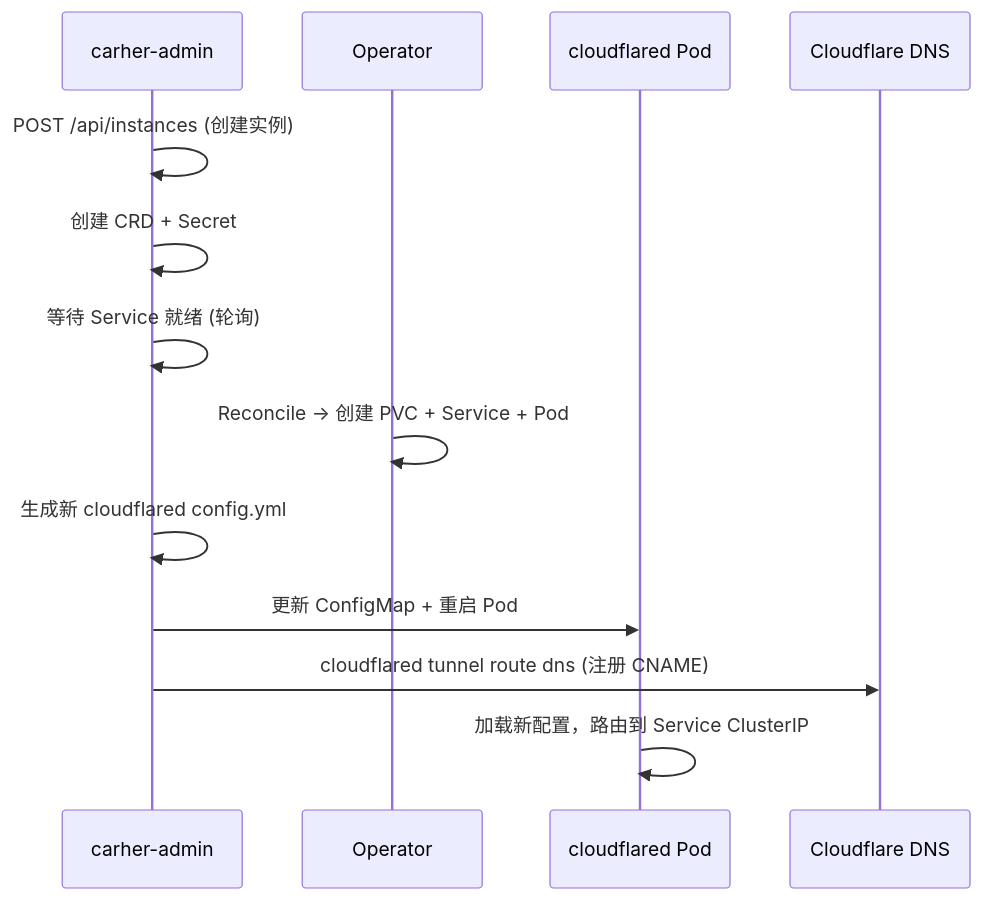
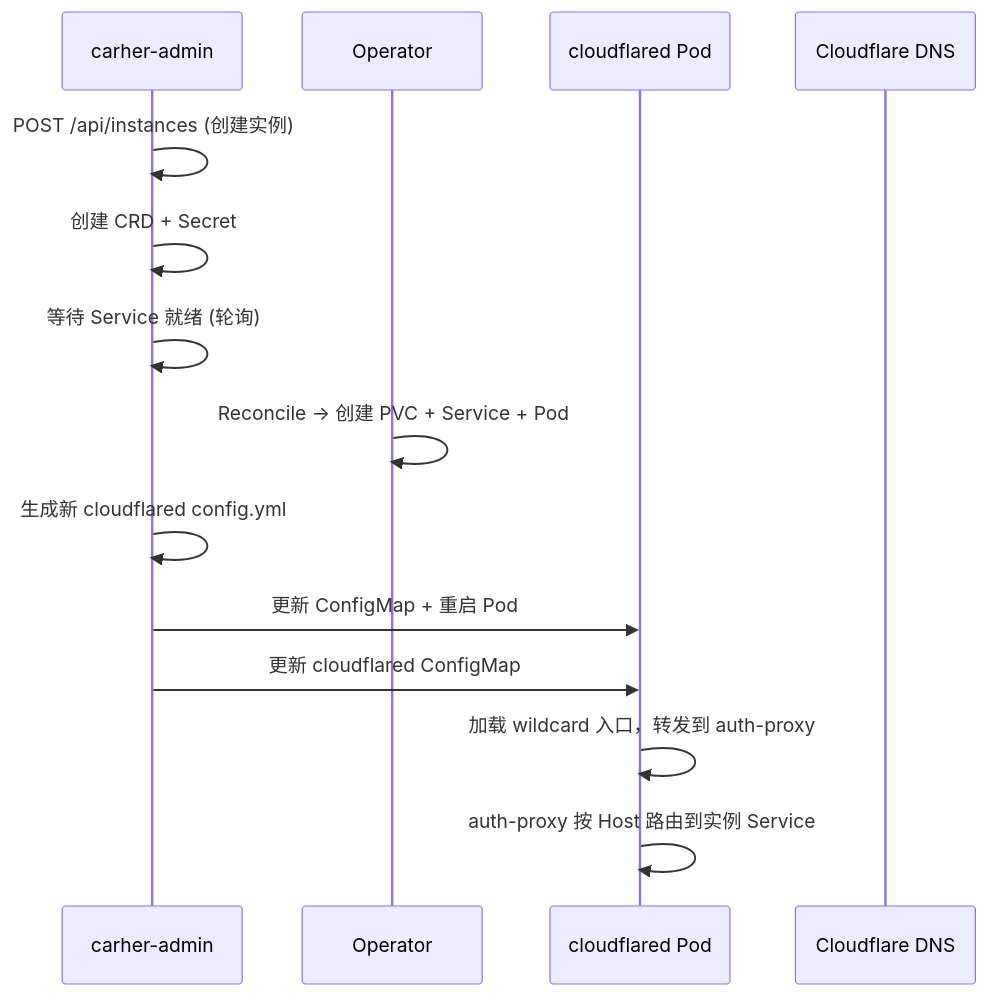
Before and after one commit to guangzhou/carher-admin: the fifth of 9 diagrams in README.md, drawn with Mermaid. The commit also changed other lines of this file and 1 other file, not shown here.

Commit message:
fix: stop per-instance tunnel DNS registration
Keep the K8s tunnel on stable wildcard routing through auth-proxy so new instances no longer reintroduce edge-side per-hostname drift.

Made-with: Cursor

````diff
--- a/README.md
+++ b/README.md
@@ -215,16 +215,17 @@
 ```mermaid
 sequenceDiagram
     participant Admin as carher-admin
     participant Op as Operator
     participant CF as cloudflared Pod
     participant DNS as Cloudflare DNS
 
     Admin->>Admin: POST /api/instances (创建实例)
     Admin->>Admin: 创建 CRD + Secret
     Admin->>Admin: 等待 Service 就绪 (轮询)
     Op->>Op: Reconcile → 创建 PVC + Service + Pod
     Admin->>Admin: 生成新 cloudflared config.yml
     Admin->>CF: 更新 ConfigMap + 重启 Pod
-    Admin->>DNS: cloudflared tunnel route dns (注册 CNAME)
-    CF->>CF: 加载新配置，路由到 Service ClusterIP
+    Admin->>CF: 更新 cloudflared ConfigMap
+    CF->>CF: 加载 wildcard 入口，转发到 auth-proxy
+    CF->>CF: auth-proxy 按 Host 路由到实例 Service
 ```
````
